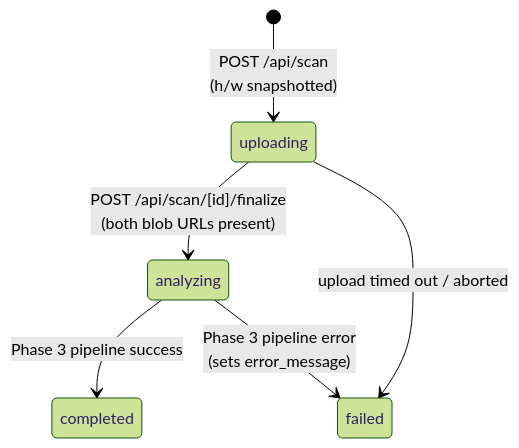
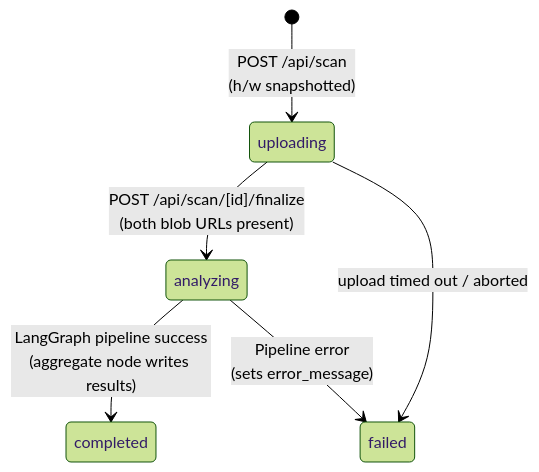
The second of 2 diagrams in docs/ERD.md (kkashiva/body-graph-scan-web), drawn with Mermaid (forest theme) before and after one commit. The commit also changed other lines of this file and 2 other files, not shown here.

Commit message:
docs: update documentation to reflect completion of Phase 3 LangGraph pipeline

````diff
--- a/docs/ERD.md
+++ b/docs/ERD.md
@@ -152,8 +152,8 @@
 ```mermaid
 stateDiagram-v2
     [*] --> uploading: POST /api/scan<br/>(h/w snapshotted)
     uploading --> analyzing: POST /api/scan/[id]/finalize<br/>(both blob URLs present)
-    analyzing --> completed: Phase 3 pipeline success
-    analyzing --> failed: Phase 3 pipeline error<br/>(sets error_message)
+    analyzing --> completed: LangGraph pipeline success<br/>(aggregate node writes results)
+    analyzing --> failed: Pipeline error<br/>(sets error_message)
     uploading --> failed: upload timed out / aborted
 ```
````
